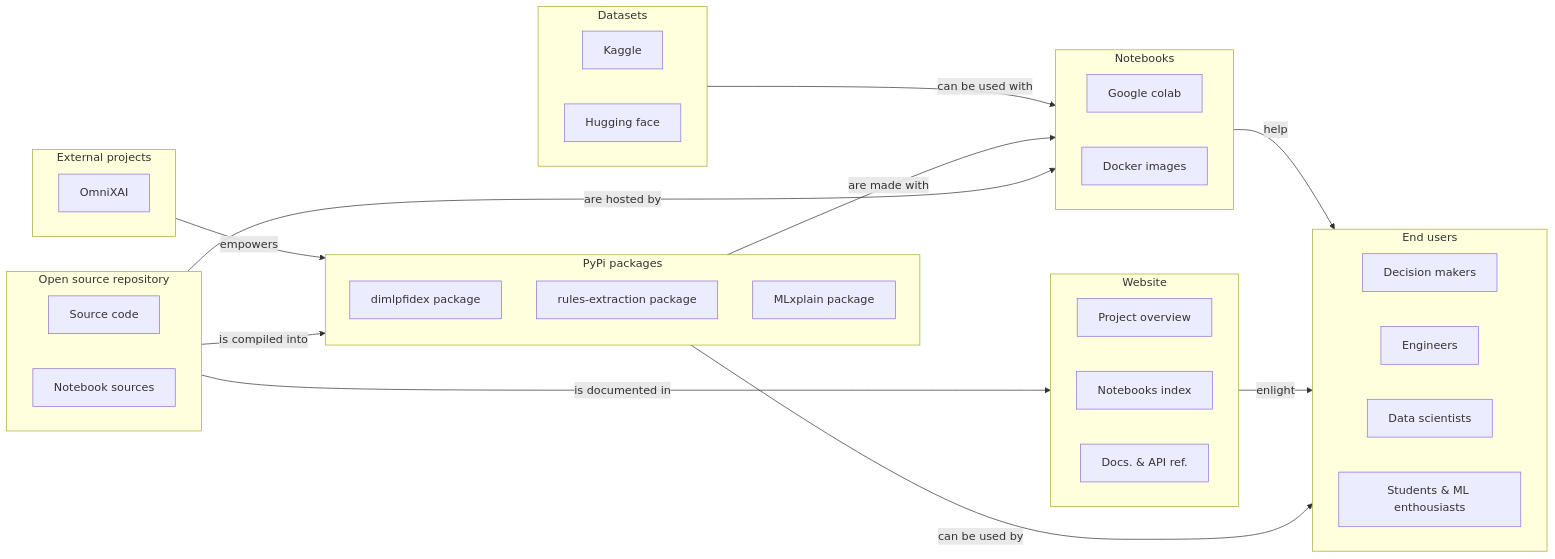
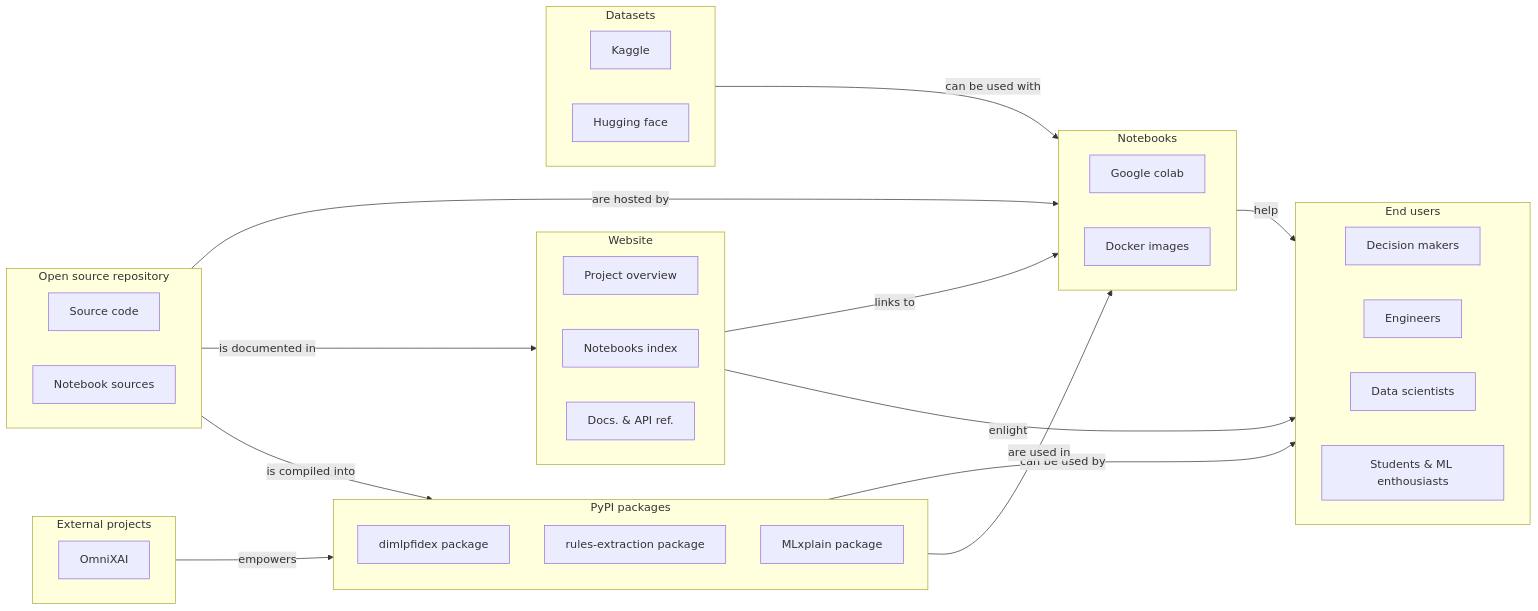
Before and after one commit to HES-XPLAIN/hes-xplain.github.io: the diagram in docs/platform/architecture.md, drawn with Mermaid. The commit also changed other lines of this file, not shown here.

Commit message:
Updated platform architecture

````diff
--- a/docs/platform/architecture.md
+++ b/docs/platform/architecture.md
@@ -14,59 +4,60 @@
 ```mermaid
 graph LR
     subgraph Repo["Open source repository"]
         direction LR
         souceCode["Source code"]
         notebooksSrc["Notebook sources"]
     end
 
     subgraph External["External projects"]
         direction LR
         omnixai["OmniXAI"]
     end
 
 
-    subgraph Pypi["PyPi packages"]
+    subgraph Pypi["PyPI packages"]
         direction TB
         dimlpfidex["dimlpfidex package"]
         rulesextract["rules-extraction package"]
         mlxplain["MLxplain package"]
     end
 
     subgraph Website["Website"]
         direction LR
         overview["Project overview"]
         notebookLinks["Notebooks index"]
         docs["Docs. & API ref."]
     end
 
     subgraph Datasets["Datasets"]
         direction LR
         kaggle["Kaggle"]
         huggingface["Hugging face"]
     end
 
     subgraph Notebooks["Notebooks"]
         direction LR
         colab["Google colab"]
         docker["Docker images"]
     end
 
     subgraph Endusers["End users"]
         direction LR
         decisionMakers["Decision makers"]
         engineers["Engineers"]
         dataScientists["Data scientists"]
         enthousiasts["Students & ML enthousiasts"]
     end
 
     souceCode-- "is compiled into" -->Pypi
     souceCode-- "is documented in" -->docs 
     notebooksSrc-- "are hosted by" -->Notebooks
     Notebooks-- "help" -->Endusers
     Datasets-- "can be used with" -->Notebooks
+    notebookLinks-- "links to" -->Notebooks
+    Website-- "enlight" -->Endusers
     Pypi-- "can be used by" -->Endusers
-    Pypi-- "are made with" -->Notebooks
+    Pypi-- "are used in" -->Notebooks
     omnixai-- "empowers" -->mlxplain
-    Website-- "enlight" -->Endusers
 
 ```
````
